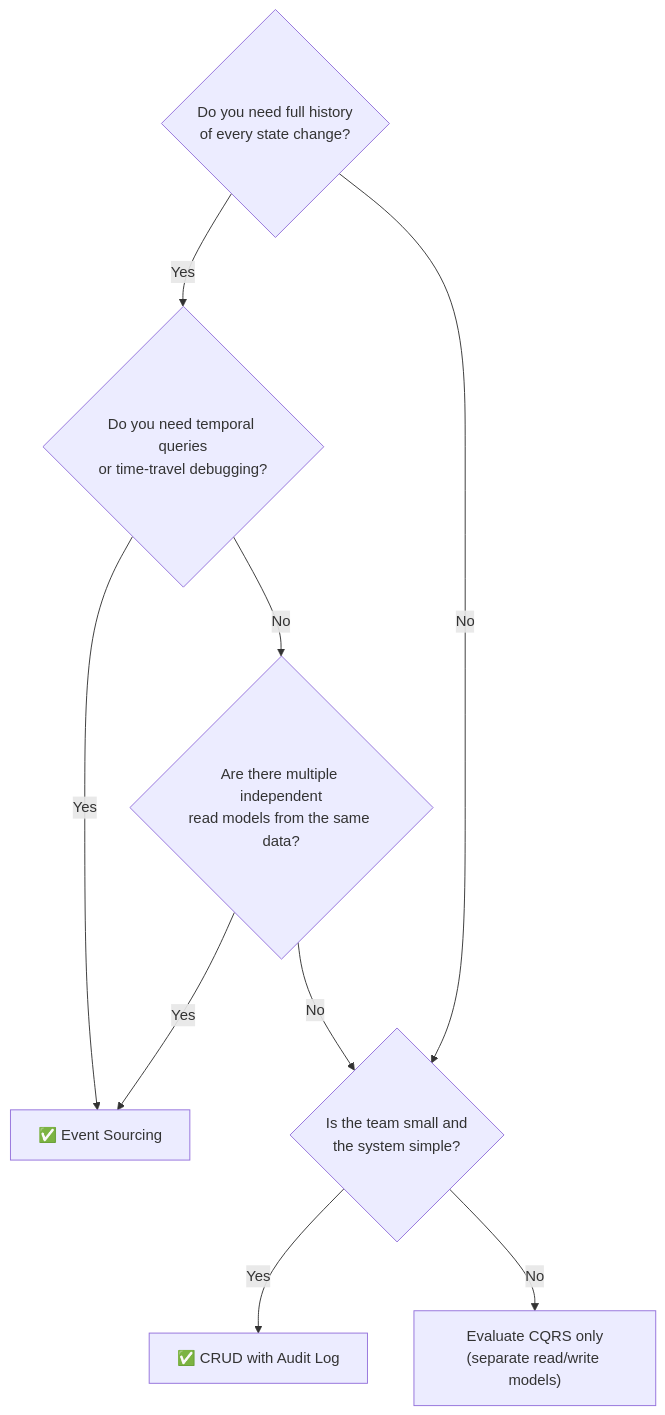
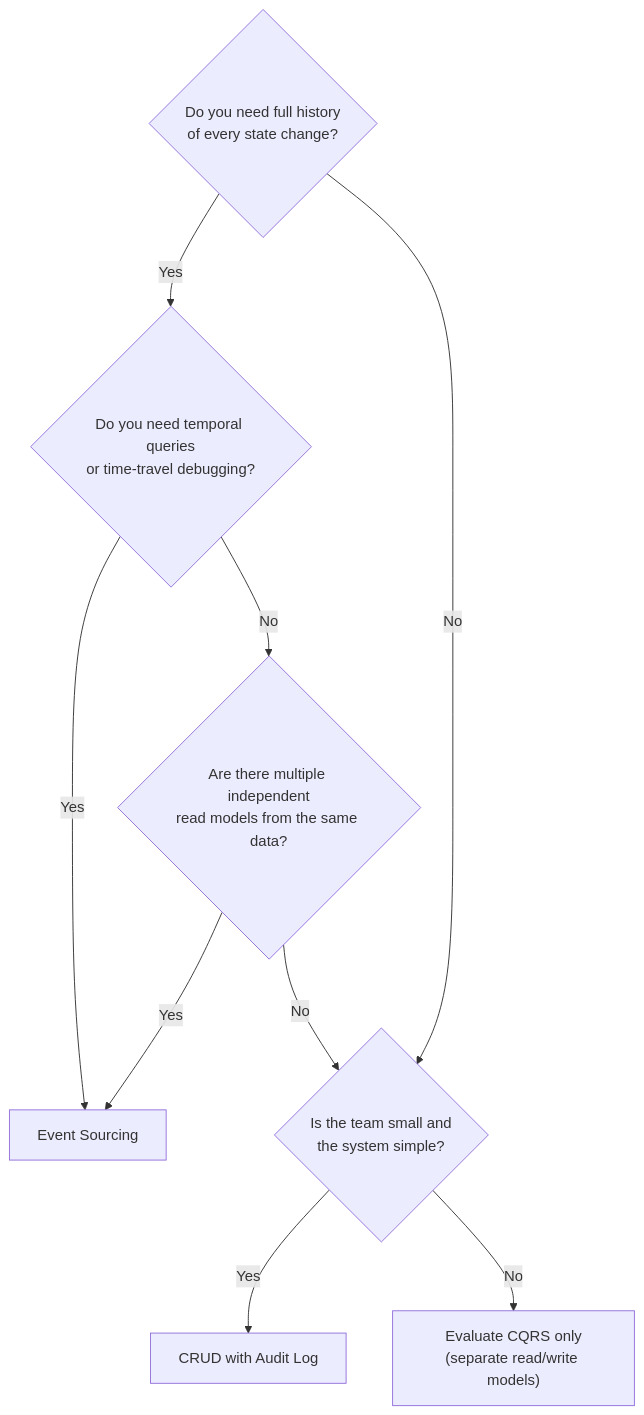
The diagram in content/research/2026-06-28-event-sourcing-vs-crud-when-to-choose-each.md (khoahotran/portfolio), drawn with Mermaid before and after one commit. The commit also changed 26 other files, not shown here.

````diff
--- a/content/research/2026-06-28-event-sourcing-vs-crud-when-to-choose-each.md
+++ b/content/research/2026-06-28-event-sourcing-vs-crud-when-to-choose-each.md
@@ -237,16 +237,16 @@
 ```mermaid
 flowchart TD
     A{Do you need full history\nof every state change?}
     B{Do you need temporal queries\nor time-travel debugging?}
     C{Are there multiple independent\nread models from the same data?}
     D{Is the team small and\nthe system simple?}
 
     A -->|Yes| B
     A -->|No| D
-    B -->|Yes| EventSourcing["✅ Event Sourcing"]
+    B -->|Yes| EventSourcing["Event Sourcing"]
     B -->|No| C
     C -->|Yes| EventSourcing
     C -->|No| D
-    D -->|Yes| CRUD["✅ CRUD with Audit Log"]
+    D -->|Yes| CRUD["CRUD with Audit Log"]
     D -->|No| Evaluate["Evaluate CQRS only\n(separate read/write models)"]
 ```
````
